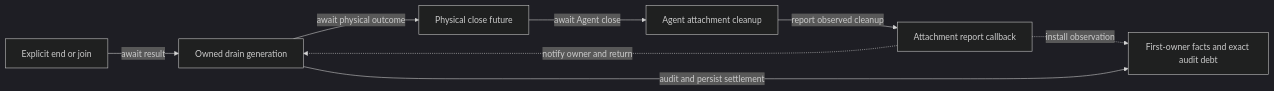
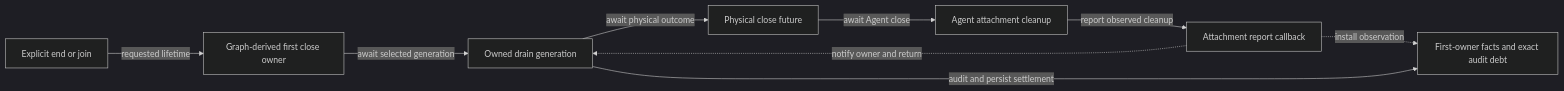
One commit to nessalabs/nessa-agent changed the third of 3 diagrams in docs/state/services/sdk/README.md. Above: the diagram before and after it, drawn with Mermaid (dark theme). The commit also changed other lines of this file and 2 other files, not shown here.

Commit message:
test(sdk): pin cascaded close ownership and target-scoped cleanup ordering

````diff
--- a/docs/state/services/sdk/README.md
+++ b/docs/state/services/sdk/README.md
@@ -94,16 +94,18 @@
 ```mermaid
 flowchart LR
     Caller[Explicit end or join]
     Drain[Owned drain generation]
     Physical[Physical close future]
     Attachment[Agent attachment cleanup]
     Callback[Attachment report callback]
     Graph[First-owner facts and exact audit debt]
-    Caller -->|await result| Drain
+    Scope[Graph-derived first close owner]
+    Caller -->|requested lifetime| Scope
+    Scope -->|await selected generation| Drain
     Drain -->|await physical outcome| Physical
     Physical -->|await Agent close| Attachment
     Attachment -->|report observed cleanup| Callback
     Callback -.->|install observation| Graph
     Callback -.->|notify owner and return| Drain
     Drain -->|audit and persist settlement| Graph
 ```
````
